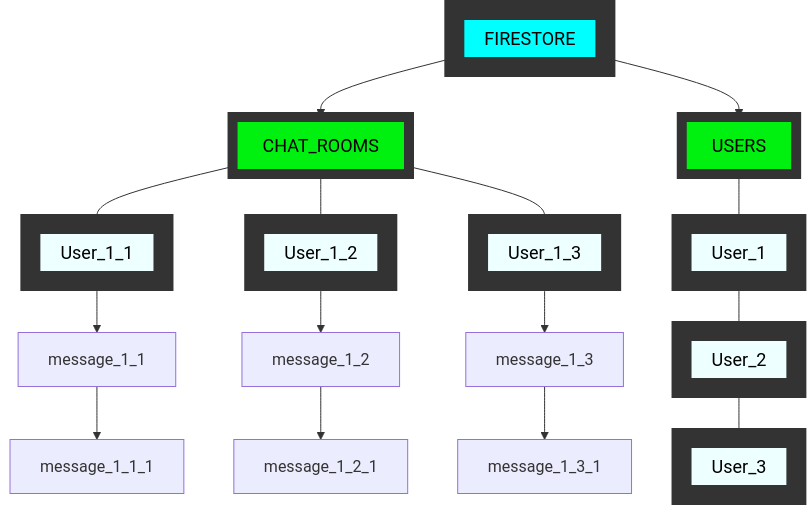
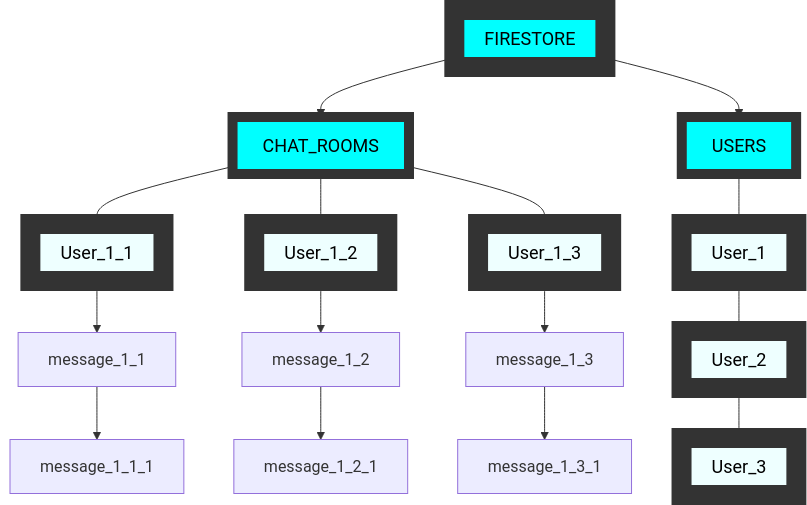
The diagram in README.md (Farizaaaa/Talksy), drawn with Mermaid before and after one commit. The commit also changed other lines of this file, not shown here.

````diff
--- a/README.md
+++ b/README.md
@@ -8,27 +8,27 @@
 ```mermaid
 graph TD
     FIRESTORE --> CHAT_ROOMS
     FIRESTORE --> USERS
     USERS --> User_1  
     User_1 --> User_2
 User_2 --> User_3
     CHAT_ROOMS --> User_1_1
 CHAT_ROOMS --> User_1_2
 CHAT_ROOMS --> User_1_3
 User_1_1 --> message_1_1
 User_1_2 --> message_1_2
 User_1_3 --> message_1_3
 message_1_1 --> message_1_1_1
 message_1_2 --> message_1_2_1
 message_1_3 --> message_1_3_1
 
     style FIRESTORE fill:#00FFFF,stroke:#333,stroke-width:20px,font-size:18px,padding:10px,color:#000000
-    style USERS fill:#00F00F,stroke:#333,stroke-width:10px,font-size:18px,padding:10px,color:#000000
-    style CHAT_ROOMS fill:#00F00F,stroke:#333,stroke-width:10px,font-size:18px,padding:10px,color:#000000
+    style USERS fill:#00FFFF,stroke:#333,stroke-width:10px,font-size:18px,padding:10px,color:#000000
+    style CHAT_ROOMS fill:#00FFFF,stroke:#333,stroke-width:10px,font-size:18px,padding:10px,color:#000000
     style User_1 fill:#EEFFFF,stroke:#333,stroke-width:20px,font-size:18px,padding:10px,color:#000000
  style User_2 fill:#EEFFFF,stroke:#333,stroke-width:20px,font-size:18px,padding:10px,color:#000000
  style User_3 fill:#EEFFFF,stroke:#333,stroke-width:20px,font-size:18px,padding:10px,color:#000000
 style User_1_1 fill:#EEFFFF,stroke:#333,stroke-width:20px,font-size:18px,padding:10px,color:#000000
  style User_1_2 fill:#EEFFFF,stroke:#333,stroke-width:20px,font-size:18px,padding:10px,color:#000000
  style User_1_3 fill:#EEFFFF,stroke:#333,stroke-width:20px,font-size:18px,padding:10px,color:#000000
 ```
````
